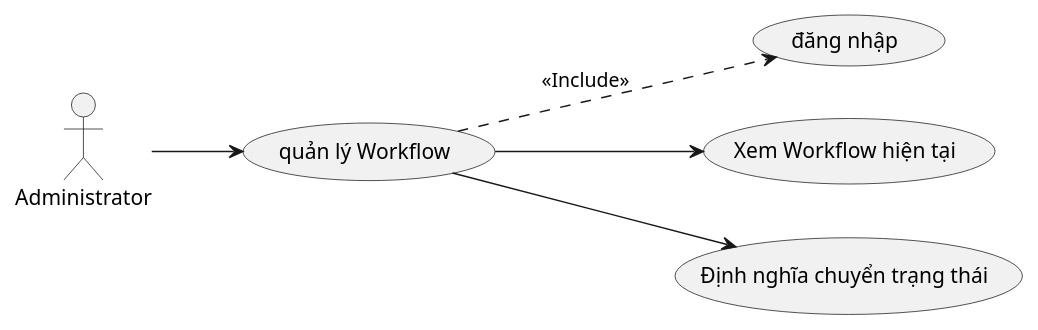
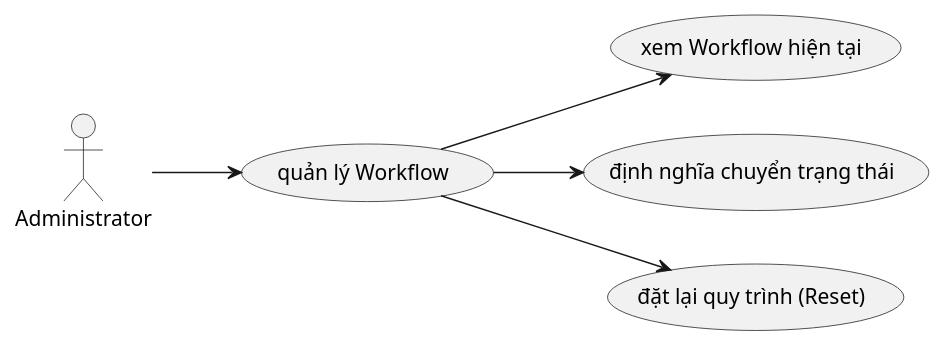
The diagram in docs/use-cases/08_quan_ly_quy_trinh.md (docuong039/worksphere), drawn with PlantUML before and after one commit. The commit also changed other lines of this file and 26 other files, not shown here.

Commit message:
update diagram

````diff
--- a/docs/use-cases/08_quan_ly_quy_trinh.md
+++ b/docs/use-cases/08_quan_ly_quy_trinh.md
@@ -5,21 +5,20 @@
 ```plantuml
 @startuml
 left to right direction
 actor "Administrator" as Admin
 
-usecase "đăng nhập" as UC_Login
 usecase "quản lý Workflow" as UC_ManageWorkflow
 
 ' Các use case con
-usecase "Xem Workflow hiện tại" as UC01
-usecase "Định nghĩa chuyển trạng thái" as UC02
+usecase "xem Workflow hiện tại" as UC01
+usecase "định nghĩa chuyển trạng thái" as UC02
+usecase "đặt lại quy trình (Reset)" as UC03
 
 Admin --> UC_ManageWorkflow
 
 UC_ManageWorkflow --> UC01
 UC_ManageWorkflow --> UC02
-
-UC_ManageWorkflow ..> UC_Login : <<Include>>
+UC_ManageWorkflow --> UC03
 
 @enduml
 ```
````
